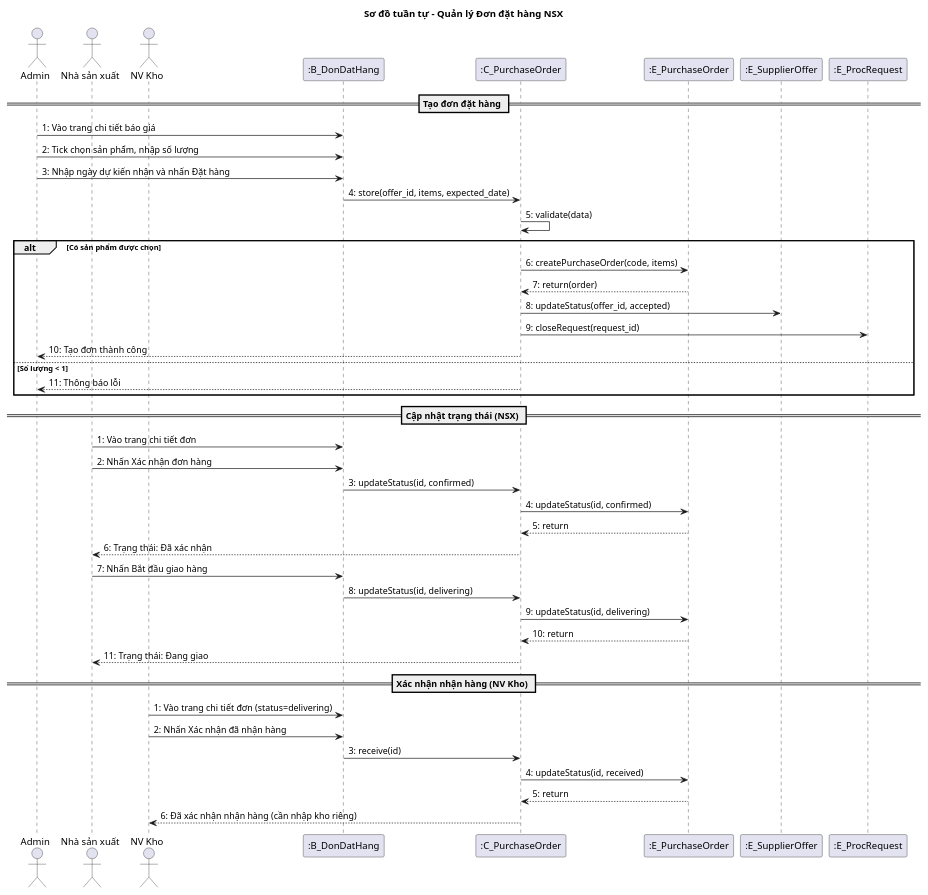
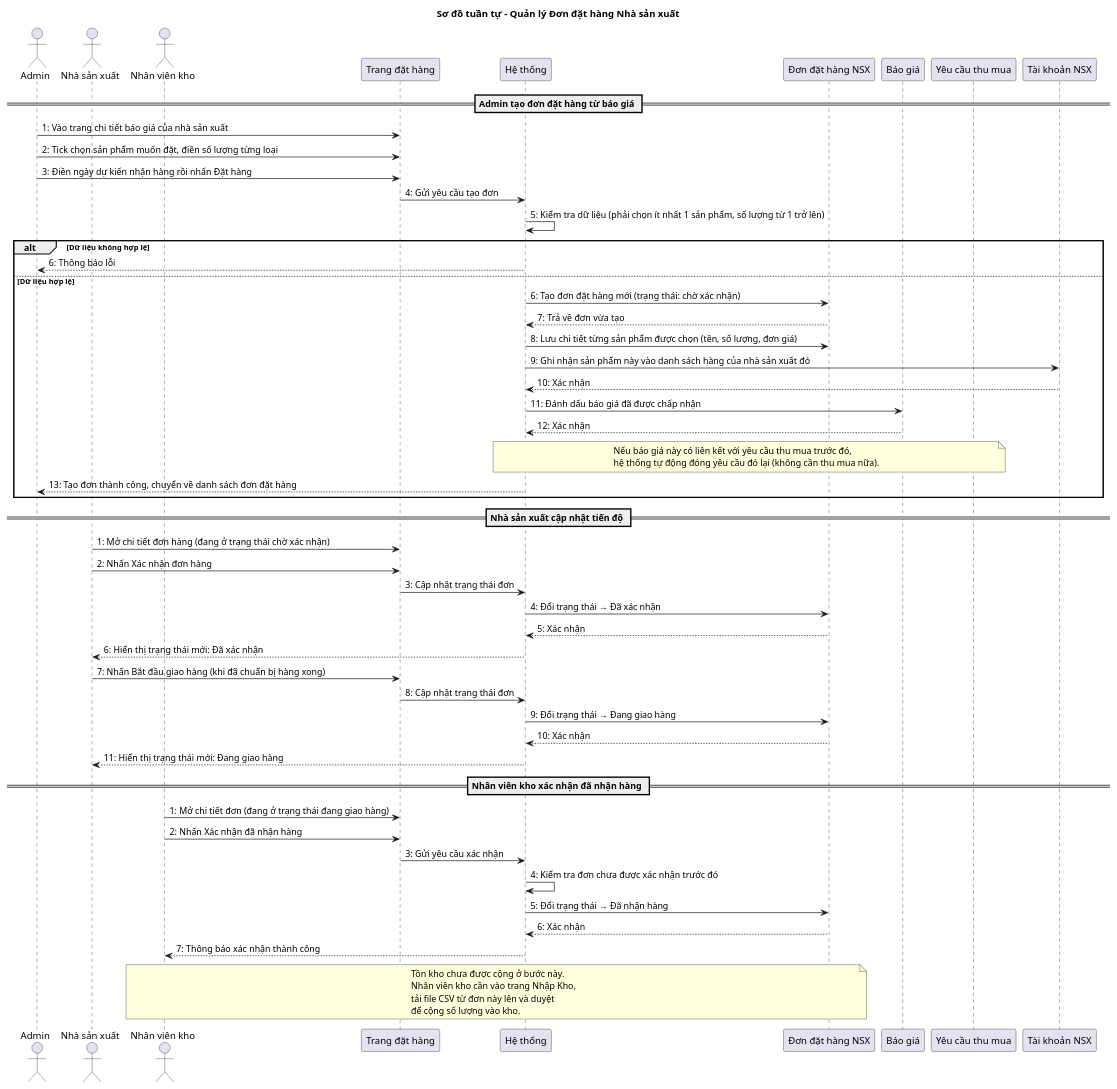
Before and after one commit to thien258/luanvantotnghiep: the diagram in app/Http/doc/sequence/13-don-dat-hang-nsx.puml, drawn with PlantUML. The commit also changed 59 other files, not shown here.

```diff
--- a/app/Http/doc/sequence/13-don-dat-hang-nsx.puml
+++ b/app/Http/doc/sequence/13-don-dat-hang-nsx.puml
@@ -1,51 +1,70 @@
 @startuml
-title Sơ đồ tuần tự - Quản lý Đơn đặt hàng NSX
+title Sơ đồ tuần tự - Quản lý Đơn đặt hàng Nhà sản xuất
 
 actor "Admin" as A
 actor "Nhà sản xuất" as NSX
-actor "NV Kho" as NV
-participant ":B_DonDatHang" as B
-participant ":C_PurchaseOrder" as C
-participant ":E_PurchaseOrder" as EPO
-participant ":E_SupplierOffer" as ESO
-participant ":E_ProcRequest" as EPR
+actor "Nhân viên kho" as NV
+participant "Trang đặt hàng" as B
+participant "Hệ thống" as C
+participant "Đơn đặt hàng NSX" as EPO
+participant "Báo giá" as ESO
+participant "Yêu cầu thu mua" as EPR
+participant "Tài khoản NSX" as EU
 
-== Tạo đơn đặt hàng ==
-A -> B : 1: Vào trang chi tiết báo giá
-A -> B : 2: Tick chọn sản phẩm, nhập số lượng
-A -> B : 3: Nhập ngày dự kiến nhận và nhấn Đặt hàng
-B -> C : 4: store(offer_id, items, expected_date)
-C -> C : 5: validate(data)
+== Admin tạo đơn đặt hàng từ báo giá ==
 
-alt Có sản phẩm được chọn
-    C -> EPO : 6: createPurchaseOrder(code, items)
-    EPO --> C : 7: return(order)
-    C -> ESO : 8: updateStatus(offer_id, accepted)
-    C -> EPR : 9: closeRequest(request_id)
-    C --> A : 10: Tạo đơn thành công
-else Số lượng < 1
-    C --> A : 11: Thông báo lỗi
+A -> B : 1: Vào trang chi tiết báo giá của nhà sản xuất
+A -> B : 2: Tick chọn sản phẩm muốn đặt, điền số lượng từng loại
+A -> B : 3: Điền ngày dự kiến nhận hàng rồi nhấn Đặt hàng
+B -> C : 4: Gửi yêu cầu tạo đơn
+C -> C : 5: Kiểm tra dữ liệu (phải chọn ít nhất 1 sản phẩm, số lượng từ 1 trở lên)
+
+alt Dữ liệu không hợp lệ
+    C --> A : 6: Thông báo lỗi
+else Dữ liệu hợp lệ
+    C -> EPO : 6: Tạo đơn đặt hàng mới (trạng thái: chờ xác nhận)
+    EPO --> C : 7: Trả về đơn vừa tạo
+    C -> EPO : 8: Lưu chi tiết từng sản phẩm được chọn (tên, số lượng, đơn giá)
+    C -> EU : 9: Ghi nhận sản phẩm này vào danh sách hàng của nhà sản xuất đó
+    EU --> C : 10: Xác nhận
+    C -> ESO : 11: Đánh dấu báo giá đã được chấp nhận
+    ESO --> C : 12: Xác nhận
+    note over C, EPR
+        Nếu báo giá này có liên kết với yêu cầu thu mua trước đó,
+        hệ thống tự động đóng yêu cầu đó lại (không cần thu mua nữa).
+    end note
+    C --> A : 13: Tạo đơn thành công, chuyển về danh sách đơn đặt hàng
 end
 
-== Cập nhật trạng thái (NSX) ==
-NSX -> B : 1: Vào trang chi tiết đơn
+== Nhà sản xuất cập nhật tiến độ ==
+
+NSX -> B : 1: Mở chi tiết đơn hàng (đang ở trạng thái chờ xác nhận)
 NSX -> B : 2: Nhấn Xác nhận đơn hàng
-B -> C : 3: updateStatus(id, confirmed)
-C -> EPO : 4: updateStatus(id, confirmed)
-EPO --> C : 5: return
-C --> NSX : 6: Trạng thái: Đã xác nhận
+B -> C : 3: Cập nhật trạng thái đơn
+C -> EPO : 4: Đổi trạng thái → Đã xác nhận
+EPO --> C : 5: Xác nhận
+C --> NSX : 6: Hiển thị trạng thái mới: Đã xác nhận
 
-NSX -> B : 7: Nhấn Bắt đầu giao hàng
-B -> C : 8: updateStatus(id, delivering)
-C -> EPO : 9: updateStatus(id, delivering)
-EPO --> C : 10: return
-C --> NSX : 11: Trạng thái: Đang giao
+NSX -> B : 7: Nhấn Bắt đầu giao hàng (khi đã chuẩn bị hàng xong)
+B -> C : 8: Cập nhật trạng thái đơn
+C -> EPO : 9: Đổi trạng thái → Đang giao hàng
+EPO --> C : 10: Xác nhận
+C --> NSX : 11: Hiển thị trạng thái mới: Đang giao hàng
 
-== Xác nhận nhận hàng (NV Kho) ==
-NV -> B : 1: Vào trang chi tiết đơn (status=delivering)
+== Nhân viên kho xác nhận đã nhận hàng ==
+
+NV -> B : 1: Mở chi tiết đơn (đang ở trạng thái đang giao hàng)
 NV -> B : 2: Nhấn Xác nhận đã nhận hàng
-B -> C : 3: receive(id)
-C -> EPO : 4: updateStatus(id, received)
-EPO --> C : 5: return
-C --> NV : 6: Đã xác nhận nhận hàng (cần nhập kho riêng)
+B -> C : 3: Gửi yêu cầu xác nhận
+C -> C : 4: Kiểm tra đơn chưa được xác nhận trước đó
+C -> EPO : 5: Đổi trạng thái → Đã nhận hàng
+EPO --> C : 6: Xác nhận
+C --> NV : 7: Thông báo xác nhận thành công
+
+note over NV, EPO
+    Tồn kho chưa được cộng ở bước này.
+    Nhân viên kho cần vào trang Nhập Kho,
+    tải file CSV từ đơn này lên và duyệt
+    để cộng số lượng vào kho.
+end note
 @enduml
```
